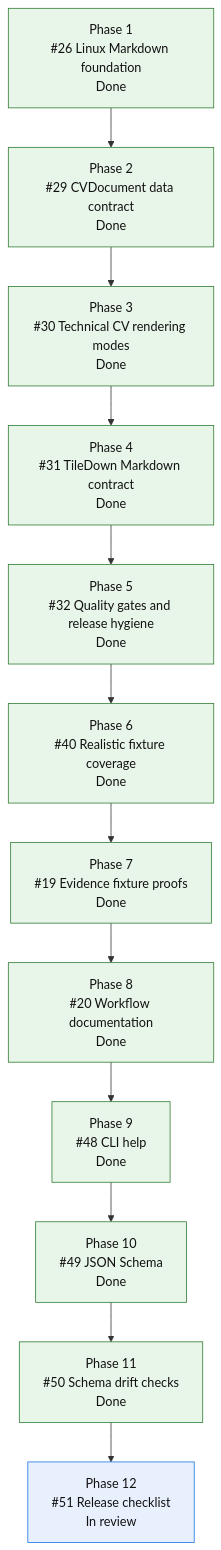
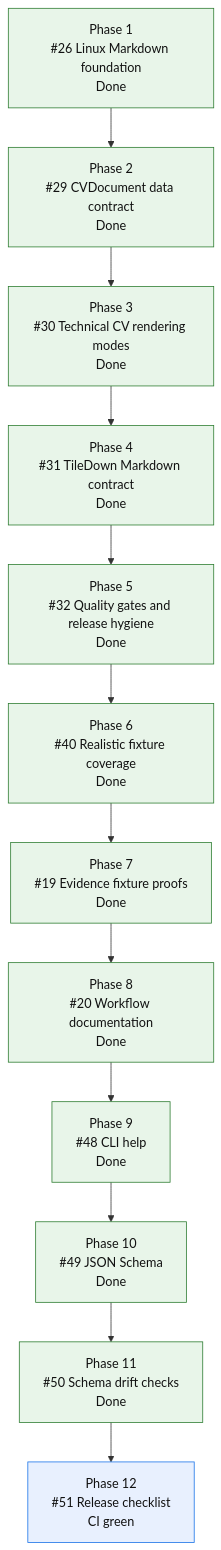
One commit to mihaelamj/cvbuilder changed the diagram in README.md. Above: the diagram before and after it, drawn with Mermaid. The commit also changed 1 other file, not shown here.

Commit message:
docs(roadmap): mark release checklist CI green

````diff
--- a/README.md
+++ b/README.md
@@ -165,27 +165,27 @@
 ```mermaid
 flowchart TD
     P1["Phase 1<br/>#26 Linux Markdown foundation<br/>Done"]
     P2["Phase 2<br/>#29 CVDocument data contract<br/>Done"]
     P3["Phase 3<br/>#30 Technical CV rendering modes<br/>Done"]
     P4["Phase 4<br/>#31 TileDown Markdown contract<br/>Done"]
     P5["Phase 5<br/>#32 Quality gates and release hygiene<br/>Done"]
     P6["Phase 6<br/>#40 Realistic fixture coverage<br/>Done"]
     P7["Phase 7<br/>#19 Evidence fixture proofs<br/>Done"]
     P8["Phase 8<br/>#20 Workflow documentation<br/>Done"]
     P9["Phase 9<br/>#48 CLI help<br/>Done"]
     P10["Phase 10<br/>#49 JSON Schema<br/>Done"]
     P11["Phase 11<br/>#50 Schema drift checks<br/>Done"]
-    P12["Phase 12<br/>#51 Release checklist<br/>In review"]
+    P12["Phase 12<br/>#51 Release checklist<br/>CI green"]
 
     P1 --> P2 --> P3 --> P4 --> P5 --> P6 --> P7 --> P8 --> P9 --> P10 --> P11 --> P12
 
     classDef done fill:#e8f5e9,stroke:#2e7d32,color:#111;
     classDef active fill:#fff3e0,stroke:#ef6c00,color:#111;
     classDef review fill:#e8f0fe,stroke:#1a73e8,color:#111;
     classDef next fill:#fff8e1,stroke:#f9a825,color:#111;
     classDef partial fill:#e0f7fa,stroke:#00838f,color:#111;
     classDef todo fill:#eef3ff,stroke:#3367d6,color:#111;
     class P1,P2,P3,P4 done;
     class P5,P6,P7,P8,P9,P10,P11 done;
     class P12 review;
 ```
````
